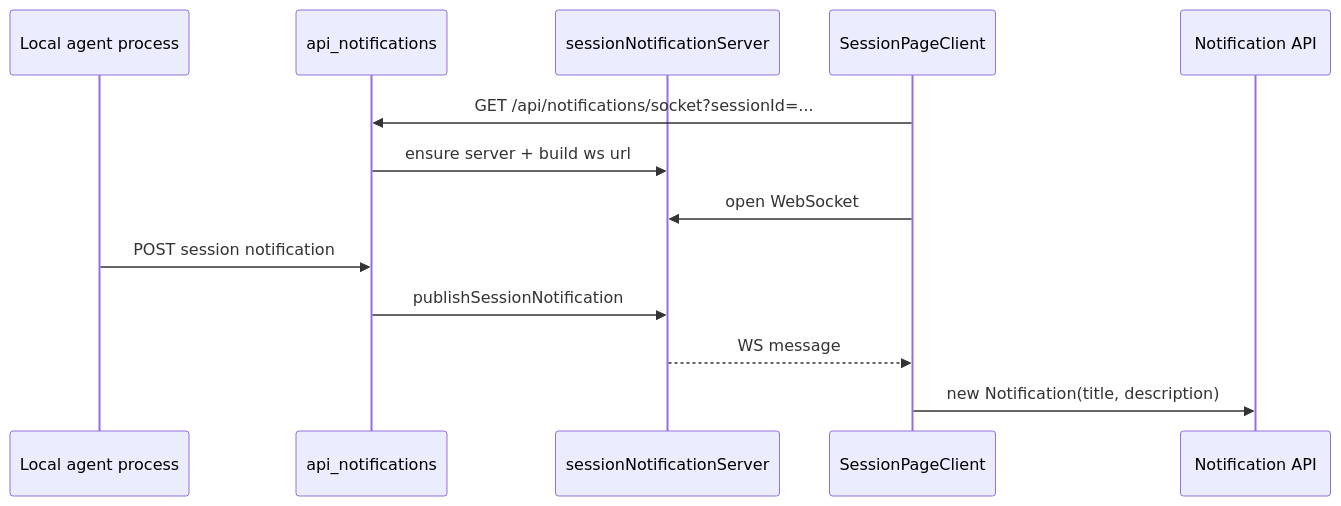
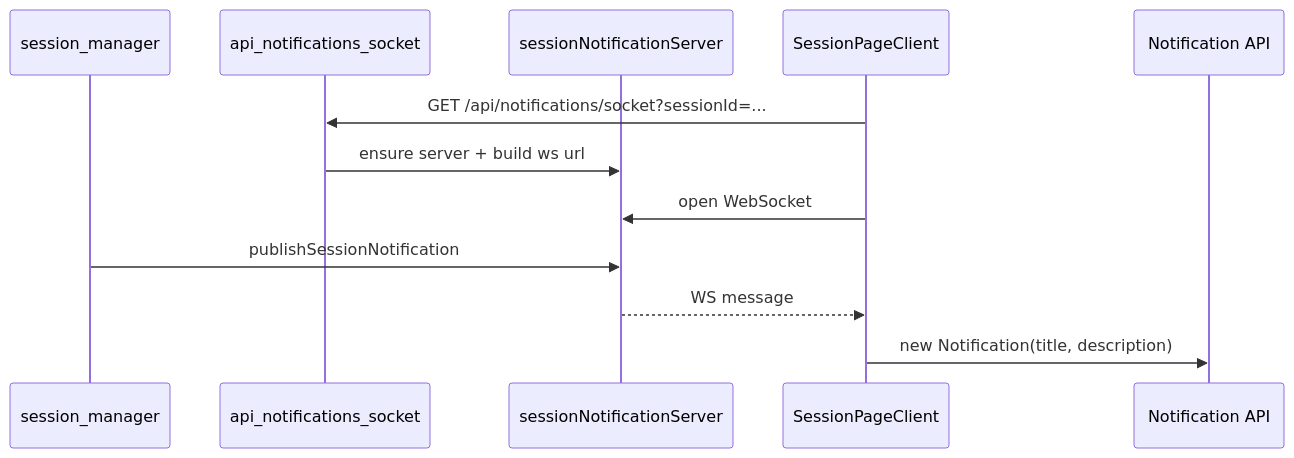
One commit to m0o0scar/viba changed the diagram in docs/wiki/Features/Notifications-and-Session-Signals.md. Above: the diagram before and after it, drawn with Mermaid. The commit also changed other lines of this file and 16 other files, not shown here.

Commit message:
Document session notification flow

````diff
--- a/docs/wiki/Features/Notifications-and-Session-Signals.md
+++ b/docs/wiki/Features/Notifications-and-Session-Signals.md
@@ -47,17 +45,16 @@
 ```mermaid
 sequenceDiagram
-  participant Agent as Local agent process
-  participant API as api_notifications
+  participant SessionMgr as session_manager
+  participant API as api_notifications_socket
   participant Notify as sessionNotificationServer
   participant SessionPage as SessionPageClient
   participant Browser as Notification API
 
   SessionPage->>API: GET /api/notifications/socket?sessionId=...
   API->>Notify: ensure server + build ws url
   SessionPage->>Notify: open WebSocket
 
-  Agent->>API: POST session notification
-  API->>Notify: publishSessionNotification
+  SessionMgr->>Notify: publishSessionNotification
   Notify-->>SessionPage: WS message
   SessionPage->>Browser: new Notification(title, description)
 ```
````
